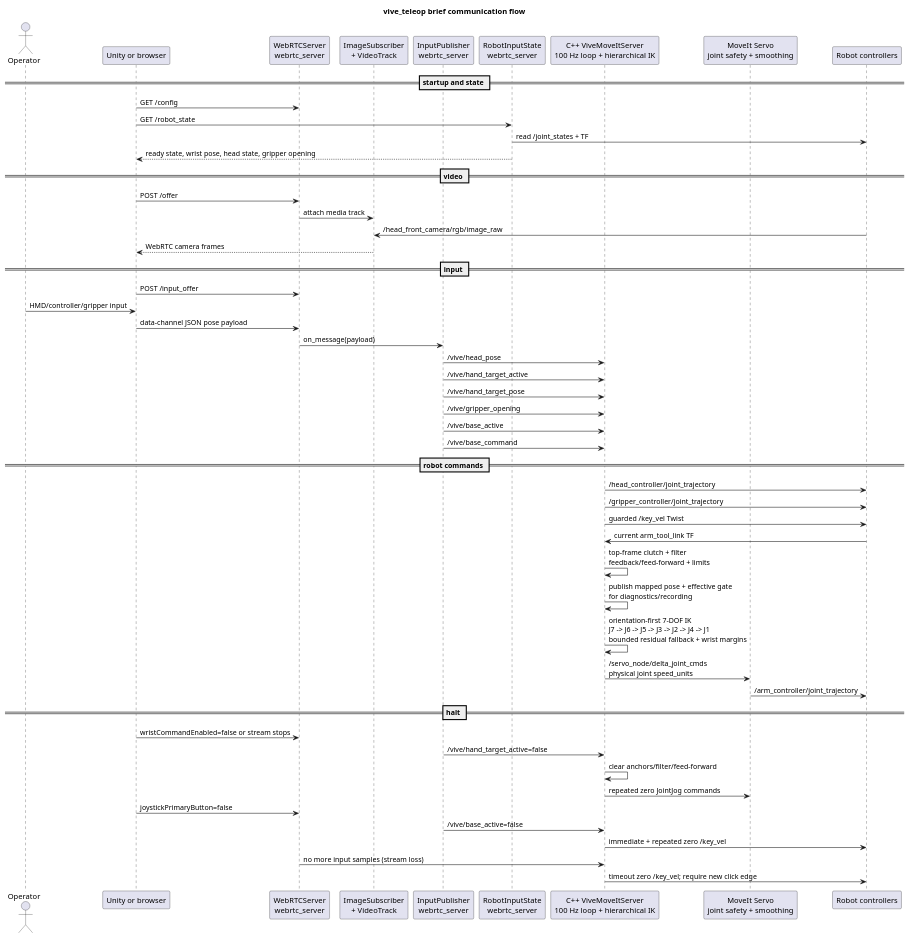
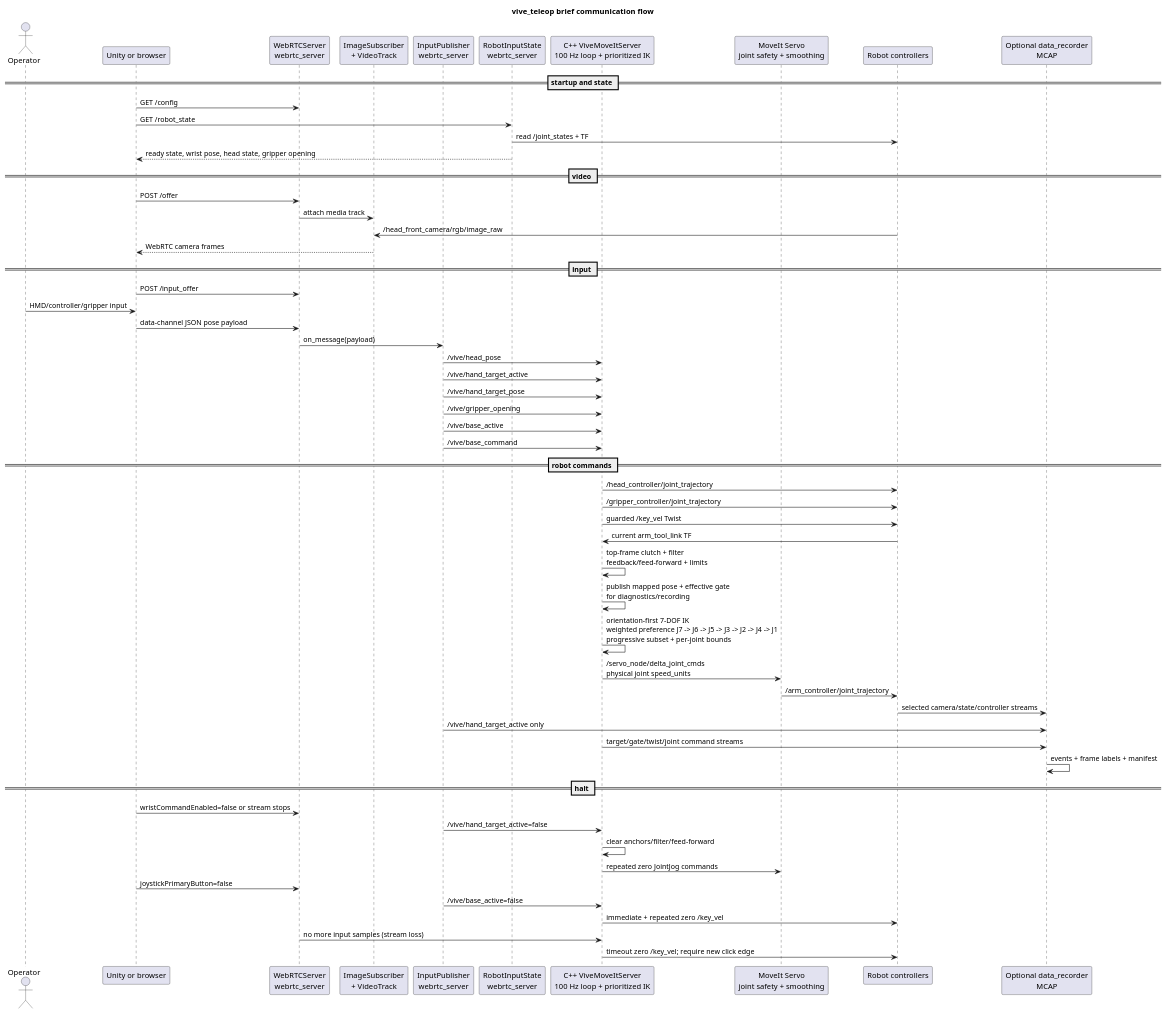
One commit to ichores-research/vive_teleop changed the diagram in docs/architecture/communication/data-flow.puml. Above: the diagram before and after it, drawn with PlantUML. The commit also changed 23 other files, not shown here.

Commit message:
Fixed lack of camera data. For now we use temporary built-in camera

```diff
--- a/docs/architecture/communication/data-flow.puml
+++ b/docs/architecture/communication/data-flow.puml
@@ -1,65 +1,70 @@
 @startuml
 !pragma layout smetana
 title vive_teleop brief communication flow
 
 skinparam shadowing false
 skinparam defaultFontName Monospace
 
 actor Operator
 participant "Unity or browser" as Client
 participant "WebRTCServer\nwebrtc_server" as Server
 participant "ImageSubscriber\n+ VideoTrack" as Video
 participant "InputPublisher\nwebrtc_server" as Input
 participant "RobotInputState\nwebrtc_server" as Snapshot
-participant "C++ ViveMoveItServer\n100 Hz loop + hierarchical IK" as Teleop
+participant "C++ ViveMoveItServer\n100 Hz loop + prioritized IK" as Teleop
 participant "MoveIt Servo\njoint safety + smoothing" as Servo
 participant "Robot controllers" as Robot
+participant "Optional data_recorder\nMCAP" as Recorder
 
 == startup and state ==
 Client -> Server : GET /config
 Client -> Snapshot : GET /robot_state
 Snapshot -> Robot : read /joint_states + TF
 Snapshot --> Client : ready state, wrist pose, head state, gripper opening
 
 == video ==
 Client -> Server : POST /offer
 Server -> Video : attach media track
 Robot -> Video : /head_front_camera/rgb/image_raw
 Video --> Client : WebRTC camera frames
 
 == input ==
 Client -> Server : POST /input_offer
 Operator -> Client : HMD/controller/gripper input
 Client -> Server : data-channel JSON pose payload
 Server -> Input : on_message(payload)
 Input -> Teleop : /vive/head_pose
 Input -> Teleop : /vive/hand_target_active
 Input -> Teleop : /vive/hand_target_pose
 Input -> Teleop : /vive/gripper_opening
 Input -> Teleop : /vive/base_active
 Input -> Teleop : /vive/base_command
 
 == robot commands ==
 Teleop -> Robot : /head_controller/joint_trajectory
 Teleop -> Robot : /gripper_controller/joint_trajectory
 Teleop -> Robot : guarded /key_vel Twist
 Robot -> Teleop : current arm_tool_link TF
 Teleop -> Teleop : top-frame clutch + filter\nfeedback/feed-forward + limits
 Teleop -> Teleop : publish mapped pose + effective gate\nfor diagnostics/recording
-Teleop -> Teleop : orientation-first 7-DOF IK\nJ7 -> J6 -> J5 -> J3 -> J2 -> J4 -> J1\nbounded residual fallback + wrist margins
+Teleop -> Teleop : orientation-first 7-DOF IK\nweighted preference J7 -> J6 -> J5 -> J3 -> J2 -> J4 -> J1\nprogressive subset + per-joint bounds
 Teleop -> Servo : /servo_node/delta_joint_cmds\nphysical joint speed_units
 Servo -> Robot : /arm_controller/joint_trajectory
+Robot -> Recorder : selected camera/state/controller streams
+Input -> Recorder : /vive/hand_target_active only
+Teleop -> Recorder : target/gate/twist/joint command streams
+Recorder -> Recorder : events + frame labels + manifest
 
 == halt ==
 Client -> Server : wristCommandEnabled=false or stream stops
 Input -> Teleop : /vive/hand_target_active=false
 Teleop -> Teleop : clear anchors/filter/feed-forward
 Teleop -> Servo : repeated zero JointJog commands
 
 Client -> Server : joystickPrimaryButton=false
 Input -> Teleop : /vive/base_active=false
 Teleop -> Robot : immediate + repeated zero /key_vel
 Server -> Teleop : no more input samples (stream loss)
 Teleop -> Robot : timeout zero /key_vel; require new click edge
 
 @enduml
```
